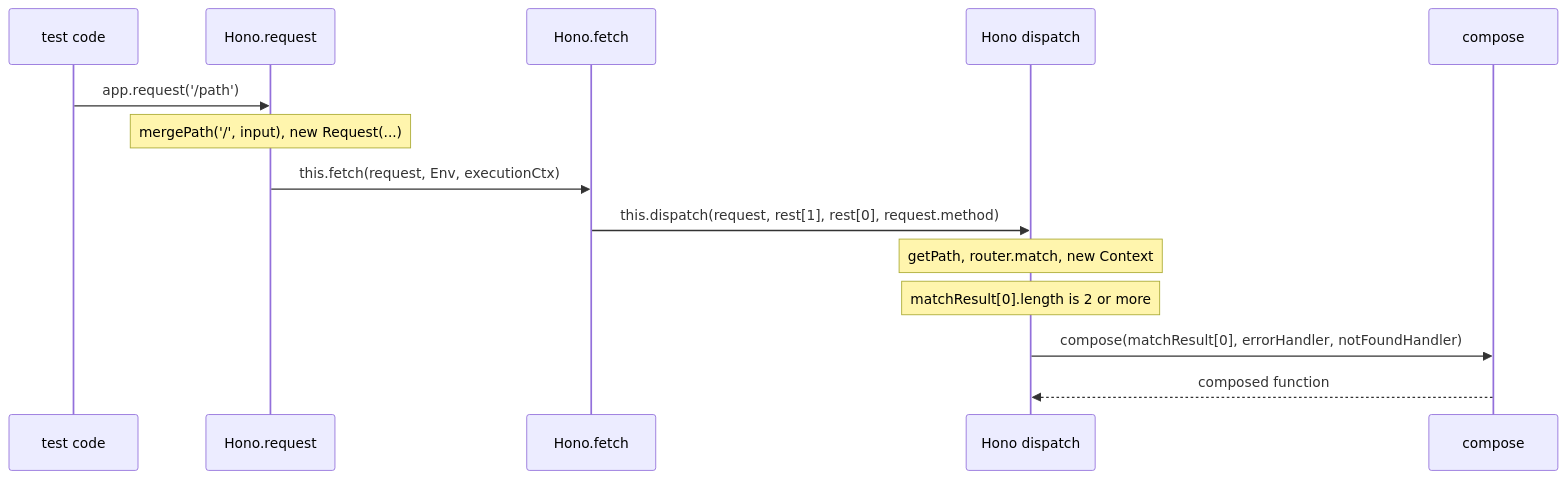
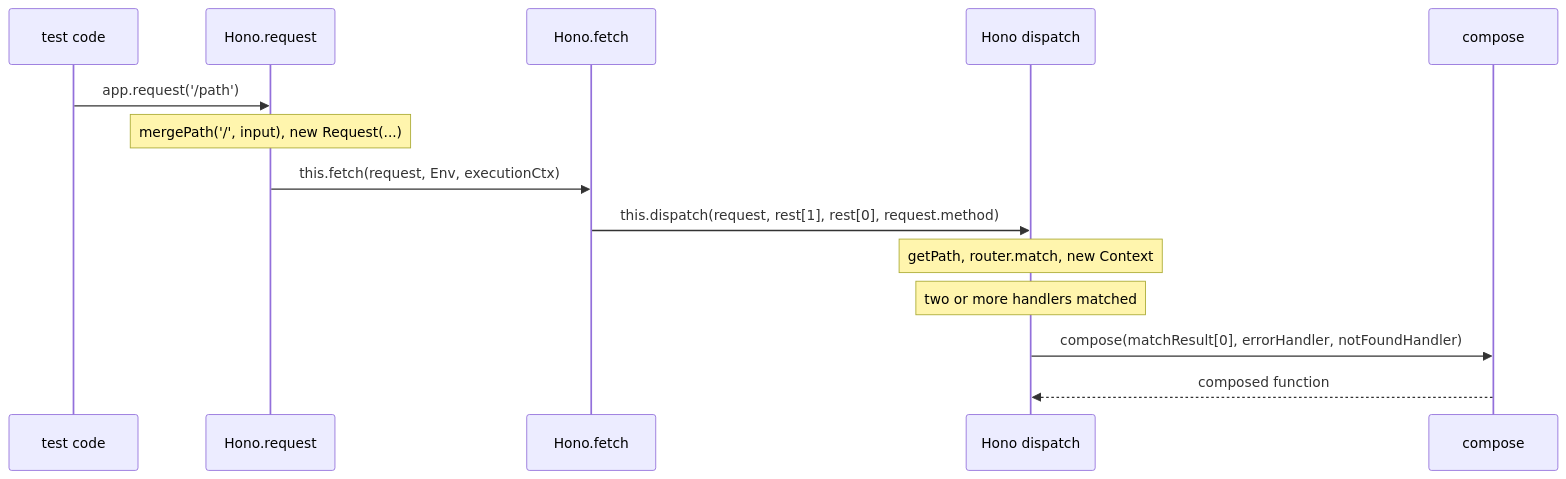
Before and after one commit to anshiwang8/codespaceleetcode: the diagram in content/solutions/hono-trace-001.md, drawn with Mermaid. The commit also changed other lines of this file and 26 other files, not shown here.

````diff
--- a/content/solutions/hono-trace-001.md
+++ b/content/solutions/hono-trace-001.md
@@ -12,16 +12,16 @@
 ```mermaid
 sequenceDiagram
     participant T as test code
     participant R as Hono.request
     participant F as Hono.fetch
     participant D as Hono dispatch
     participant C as compose
     T->>R: app.request('/path')
     Note over R: mergePath('/', input), new Request(...)
     R->>F: this.fetch(request, Env, executionCtx)
     F->>D: this.dispatch(request, rest[1], rest[0], request.method)
     Note over D: getPath, router.match, new Context
-    Note over D: matchResult[0].length is 2 or more
+    Note over D: two or more handlers matched
     D->>C: compose(matchResult[0], errorHandler, notFoundHandler)
     C-->>D: composed function
 ```
````
